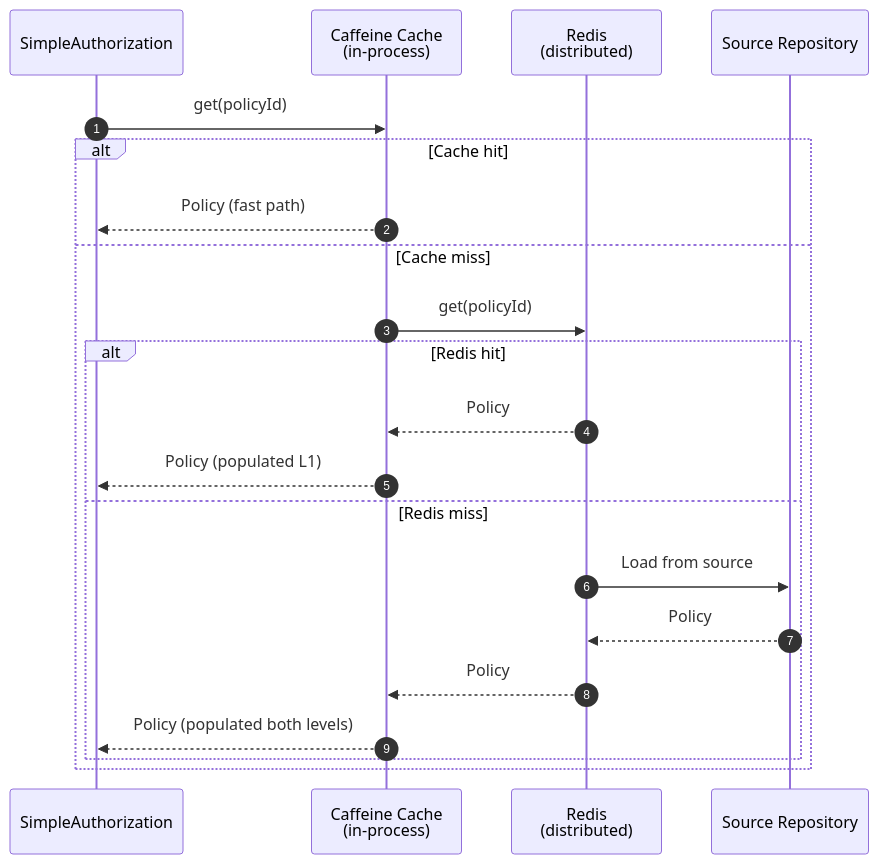
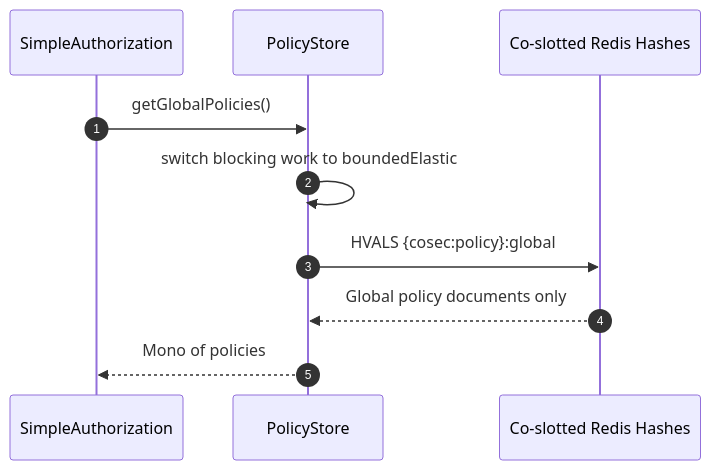
The fourth of 4 diagrams in wiki/deep-dive/operations/performance.md (Ahoo-Wang/CoSec), drawn with Mermaid before and after one commit. The commit also changed other lines of this file and 26 other files, not shown here.

````diff
--- a/wiki/deep-dive/operations/performance.md
+++ b/wiki/deep-dive/operations/performance.md
@@ -161,27 +161,16 @@
 ```mermaid
 sequenceDiagram
     autonumber
     participant Auth as SimpleAuthorization
-    participant L1 as Caffeine Cache<br>(in-process)
-    participant L2 as Redis<br>(distributed)
-    participant Source as Source Repository
+    participant Store as PolicyStore
+    participant Redis as Co-slotted Redis Hashes
 
-    Auth->>L1: get(policyId)
-    alt Cache hit
-        L1-->>Auth: Policy (fast path)
-    else Cache miss
-        L1->>L2: get(policyId)
-        alt Redis hit
-            L2-->>L1: Policy
-            L1-->>Auth: Policy (populated L1)
-        else Redis miss
-            L2->>Source: Load from source
-            Source-->>L2: Policy
-            L2-->>L1: Policy
-            L1-->>Auth: Policy (populated both levels)
-        end
-    end
+    Auth->>Store: getGlobalPolicies()
+    Store->>Store: switch blocking work to boundedElastic
+    Store->>Redis: HVALS {cosec:policy}:global
+    Redis-->>Store: Global policy documents only
+    Store-->>Auth: Mono of policies
 
 
 
 ```
````
